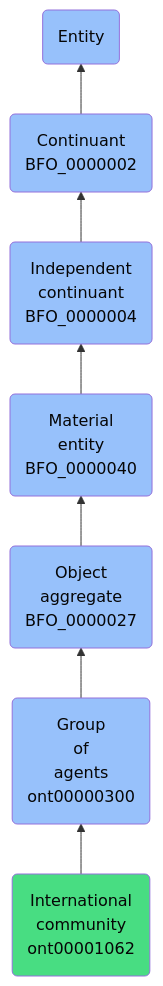
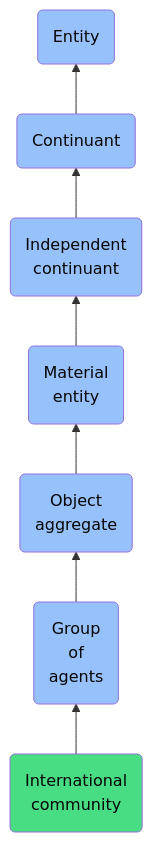
Before and after one commit to jupyter-naas/abi: the diagram in docs/ontology/reference/model/Entity/Continuant/Independent continuant/Material entity/Object aggregate/Group of agents/International community/International community.md, drawn with Mermaid. The commit also changed other lines of this file and 1430 other files, not shown here.

````diff
--- a/docs/ontology/reference/model/Entity/Continuant/Independent continuant/Material entity/Object aggregate/Group of agents/International community/International community.md
+++ b/docs/ontology/reference/model/Entity/Continuant/Independent continuant/Material entity/Object aggregate/Group of agents/International community/International community.md
@@ -24,14 +24,14 @@
 ```mermaid
 graph BT
-    ont00001062(International<br>community<br>ont00001062):::ABI-->ont00000300
-    ont00000300(Group<br>of<br>agents<br>ont00000300):::BFO-->BFO_0000027
-    BFO_0000027(Object<br>aggregate<br>BFO_0000027):::BFO-->BFO_0000040
-    BFO_0000040(Material<br>entity<br>BFO_0000040):::BFO-->BFO_0000004
-    BFO_0000004(Independent<br>continuant<br>BFO_0000004):::BFO-->BFO_0000002
-    BFO_0000002(Continuant<br>BFO_0000002):::BFO-->BFO_0000001
+    ont00001062(International<br>community):::ABI-->ont00000300
+    ont00000300(Group<br>of<br>agents):::BFO-->BFO_0000027
+    BFO_0000027(Object<br>aggregate):::BFO-->BFO_0000040
+    BFO_0000040(Material<br>entity):::BFO-->BFO_0000004
+    BFO_0000004(Independent<br>continuant):::BFO-->BFO_0000002
+    BFO_0000002(Continuant):::BFO-->BFO_0000001
     BFO_0000001(Entity):::BFO
     
     classDef BFO fill:#97c1fb,color:#060606
     classDef CCO fill:#e4c51e,color:#060606
     classDef ABI fill:#48DD82,color:#060606
 ```
````
